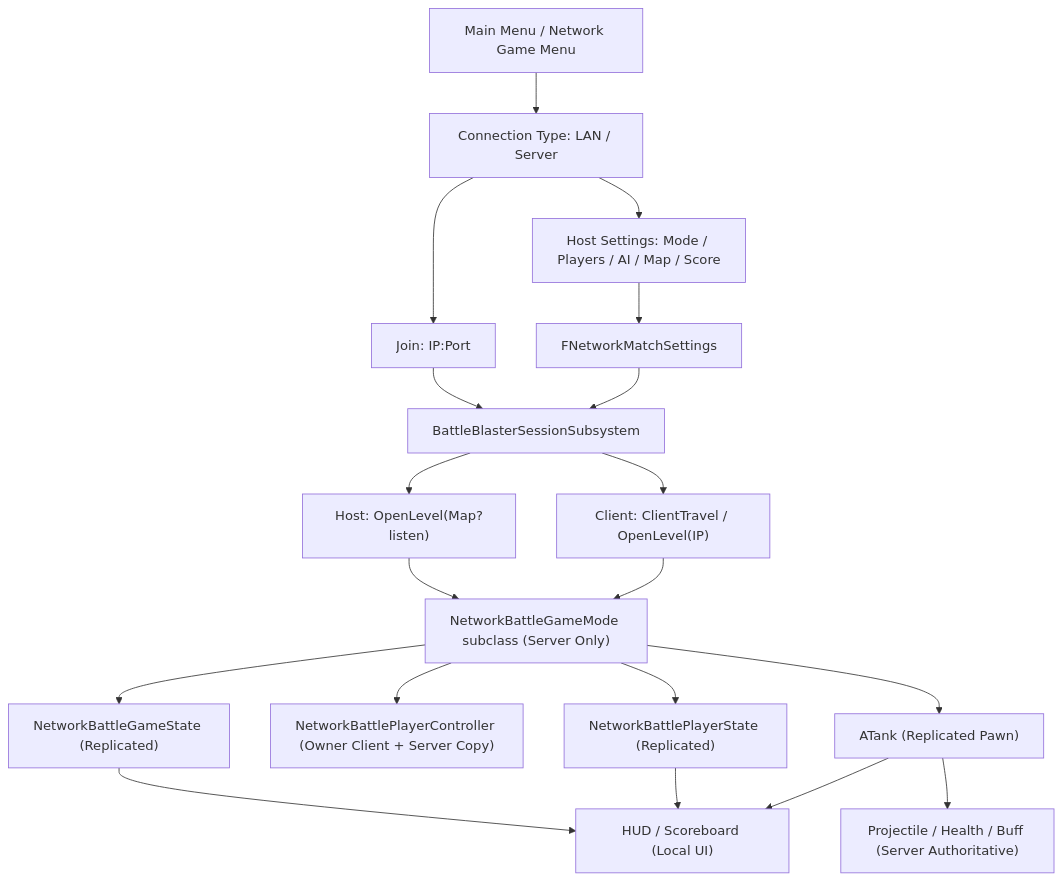
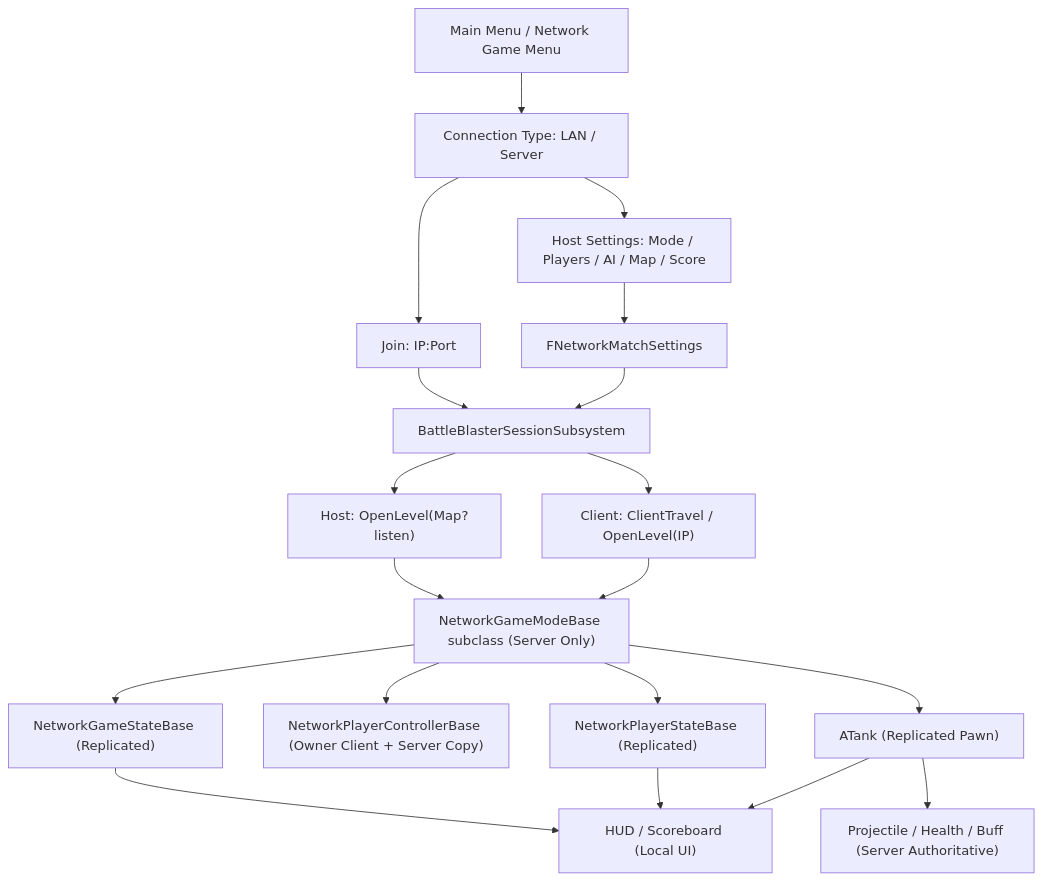
Before and after one commit to Howrun777/ATankGame: the diagram in Docs/06-network-mode-developer-guide.md, drawn with Mermaid. The commit also changed other lines of this file and 18 other files, not shown here.

````diff
--- a/Docs/06-network-mode-developer-guide.md
+++ b/Docs/06-network-mode-developer-guide.md
@@ -172,37 +172,37 @@
 ```mermaid
 flowchart TD
     Menu["Main Menu / Network Game Menu"]
     Connection["Connection Type: LAN / Server"]
     JoinSettings["Join: IP:Port"]
     HostSettings["Host Settings: Mode / Players / AI / Map / Score"]
     Session["BattleBlasterSessionSubsystem"]
     Host["Host: OpenLevel(Map?listen)"]
     Join["Client: ClientTravel / OpenLevel(IP)"]
     Settings["FNetworkMatchSettings"]
-    GM["NetworkBattleGameMode subclass (Server Only)"]
-    GS["NetworkBattleGameState (Replicated)"]
-    PC["NetworkBattlePlayerController (Owner Client + Server Copy)"]
-    PS["NetworkBattlePlayerState (Replicated)"]
+    GM["NetworkGameModeBase subclass (Server Only)"]
+    GS["NetworkGameStateBase (Replicated)"]
+    PC["NetworkPlayerControllerBase (Owner Client + Server Copy)"]
+    PS["NetworkPlayerStateBase (Replicated)"]
     Tank["ATank (Replicated Pawn)"]
     Combat["Projectile / Health / Buff (Server Authoritative)"]
     UI["HUD / Scoreboard (Local UI)"]
 
     Menu --> Connection
     Connection --> JoinSettings
     Connection --> HostSettings
     JoinSettings --> Session
     HostSettings --> Settings
     Settings --> Session
     Session --> Host
     Session --> Join
     Host --> GM
     Join --> GM
     GM --> GS
     GM --> PC
     GM --> PS
     GM --> Tank
     Tank --> Combat
     GS --> UI
     PS --> UI
     Tank --> UI
 ```
````
